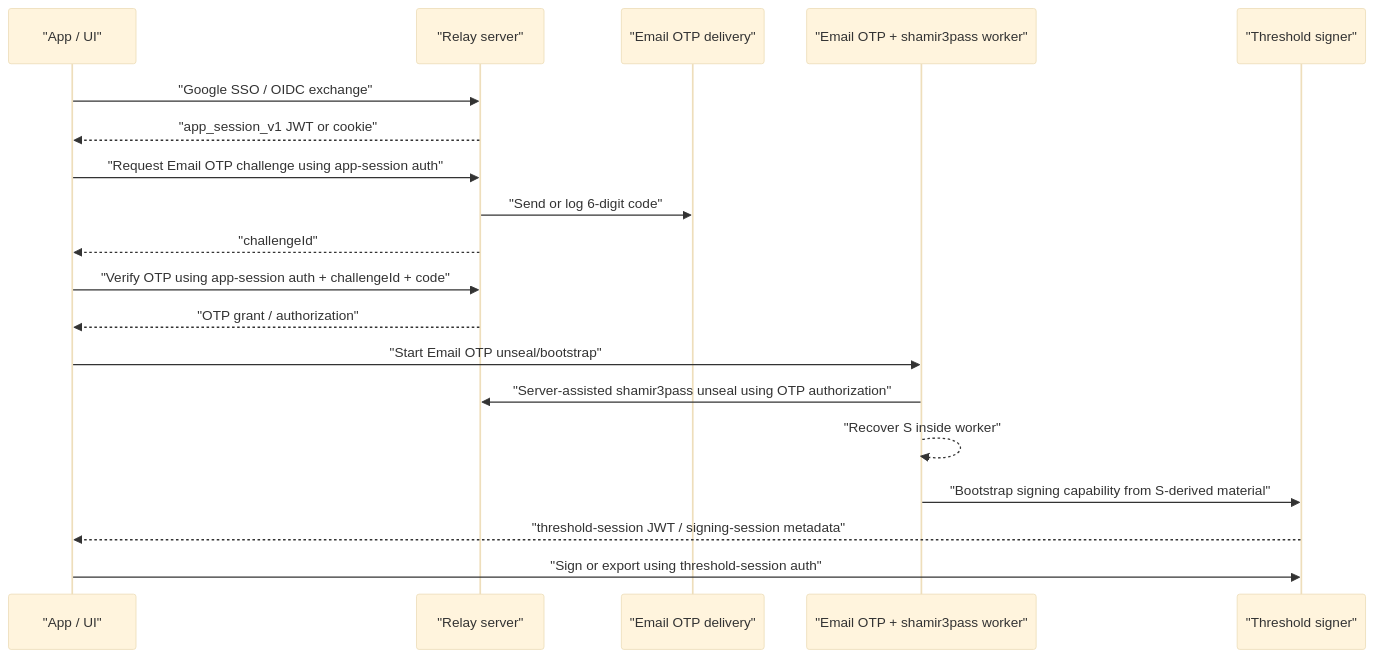
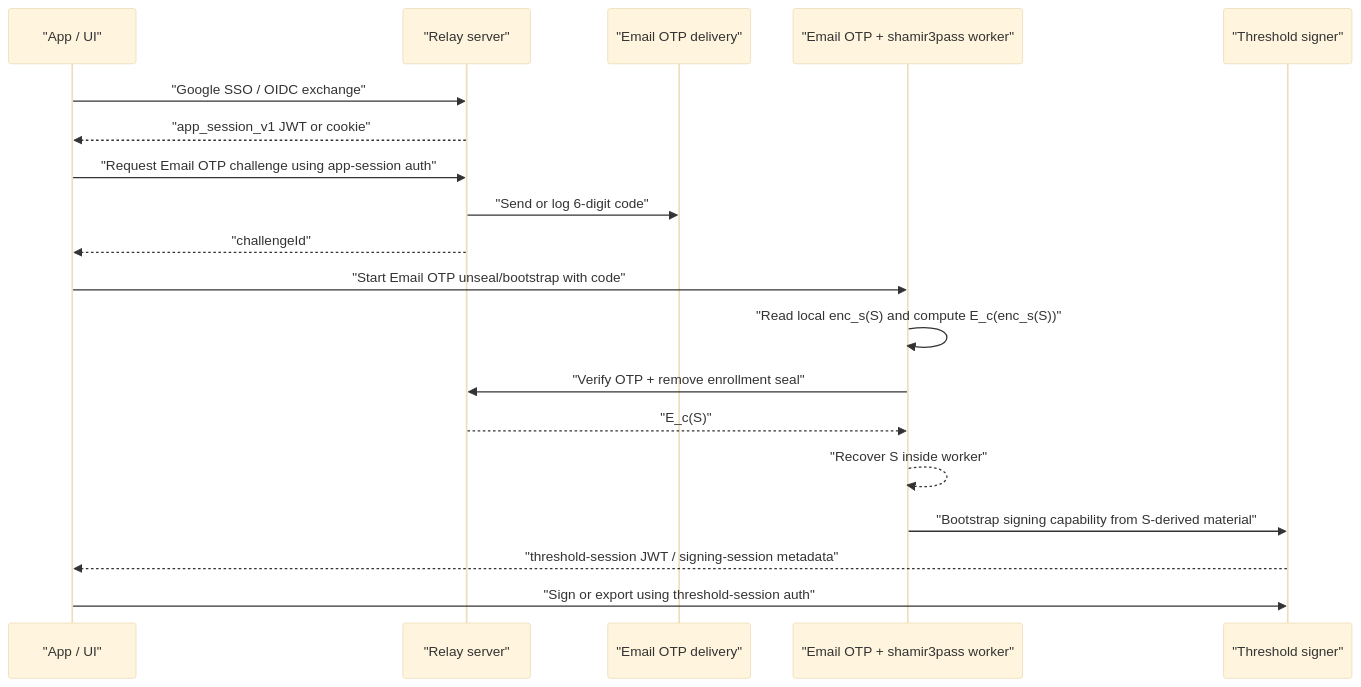
The first of 2 diagrams in docs/sso-otp-shamir3pass-signing.md (seams-tech/seams-sdk), drawn with Mermaid (base theme) before and after one commit. The commit also changed other lines of this file and 8 other files, not shown here.

Commit message:
Document Email OTP recovery and sealed refresh

````diff
--- a/docs/sso-otp-shamir3pass-signing.md
+++ b/docs/sso-otp-shamir3pass-signing.md
@@ -79,27 +78,26 @@
 ```mermaid
 sequenceDiagram
   participant UI as "App / UI"
   participant Server as "Relay server"
   participant OTP as "Email OTP delivery"
   participant Worker as "Email OTP + shamir3pass worker"
   participant Threshold as "Threshold signer"
 
   UI->>Server: "Google SSO / OIDC exchange"
   Server-->>UI: "app_session_v1 JWT or cookie"
 
   UI->>Server: "Request Email OTP challenge using app-session auth"
   Server->>OTP: "Send or log 6-digit code"
   Server-->>UI: "challengeId"
 
-  UI->>Server: "Verify OTP using app-session auth + challengeId + code"
-  Server-->>UI: "OTP grant / authorization"
-
-  UI->>Worker: "Start Email OTP unseal/bootstrap"
-  Worker->>Server: "Server-assisted shamir3pass unseal using OTP authorization"
+  UI->>Worker: "Start Email OTP unseal/bootstrap with code"
+  Worker->>Worker: "Read local enc_s(S) and compute E_c(enc_s(S))"
+  Worker->>Server: "Verify OTP + remove enrollment seal"
+  Server-->>Worker: "E_c(S)"
   Worker-->>Worker: "Recover S inside worker"
 
   Worker->>Threshold: "Bootstrap signing capability from S-derived material"
   Threshold-->>UI: "threshold-session JWT / signing-session metadata"
 
   UI->>Threshold: "Sign or export using threshold-session auth"
 ```
````
